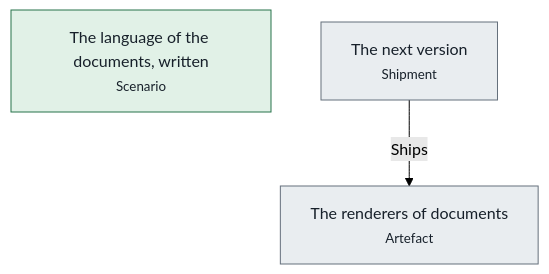
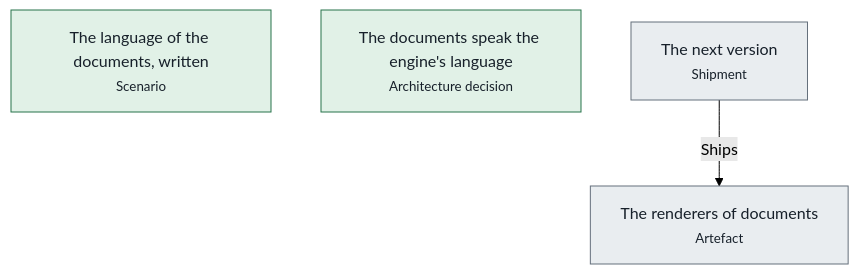
Before and after one commit to advancedcognitivesystems-ai/trame: the first of 2 diagrams in libs/documents/docs/pipelines.md, drawn with Mermaid (forest theme). The commit also changed other lines of this file and 441 other files, not shown here.

First line of the commit message:
Every choice backed by an architecture decision; one comparison of builds

````diff
--- a/libs/documents/docs/pipelines.md
+++ b/libs/documents/docs/pipelines.md
@@ -15,12 +15,13 @@
 ```mermaid
 flowchart TB
   n0["The renderers of documents<br/><small>Artefact</small>"]:::unknown
   n1["The language of the documents, written<br/><small>Scenario</small>"]:::held
-  n2["The next version<br/><small>Shipment</small>"]:::unknown
-  n2 -->|Ships| n0
+  n2["The documents speak the engine's language<br/><small>Architecture decision</small>"]:::held
+  n3["The next version<br/><small>Shipment</small>"]:::unknown
+  n3 -->|Ships| n0
   classDef held fill:#e1f1e7,stroke:#26734a,color:#17202a
   classDef blocked fill:#fbf0d9,stroke:#9a6200,color:#17202a
   classDef violated fill:#f9e3e1,stroke:#ad2a22,color:#17202a
   classDef unknown fill:#e9edf0,stroke:#65707c,color:#17202a
   classDef neutral fill:#ffffff,stroke:#5a6672,color:#17202a
 ```
````
